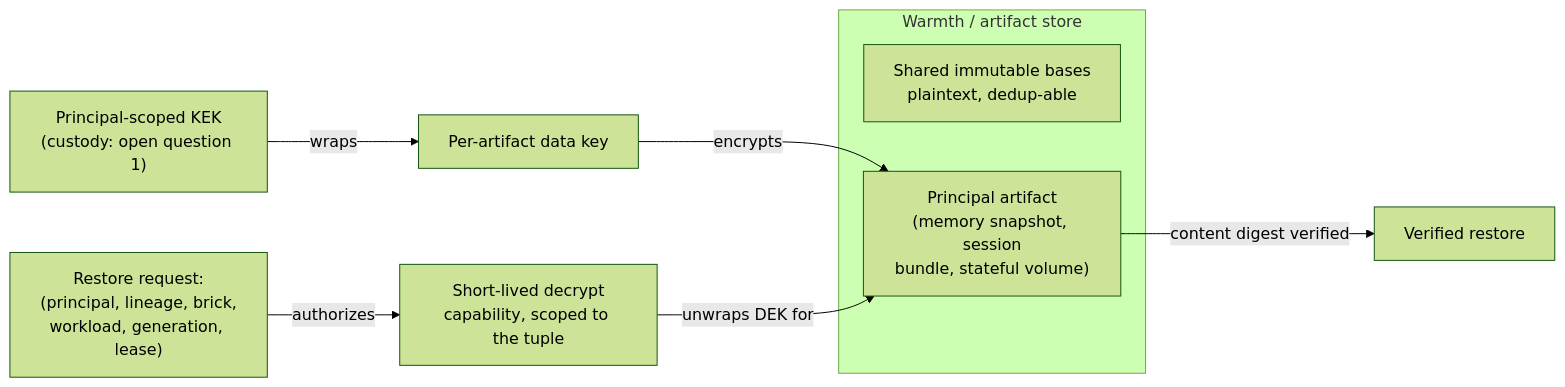
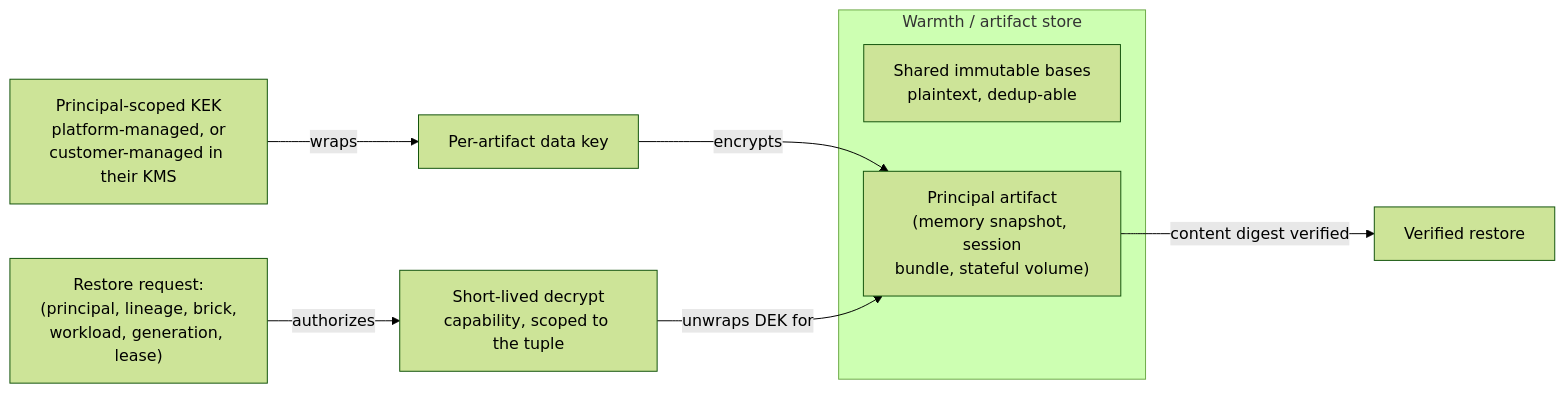
The diagram in docs/decisions/embervm/033-substrate-threat-model-conformance-encryption-at-rest.md (jomcgi-org/homelab), drawn with Mermaid (forest theme) before and after one commit. The commit also changed other lines of this file and 1 other file, not shown here.

First line of the commit message:
docs(embervm): record the two KEK custody modes in ADR 033

````diff
--- a/docs/decisions/embervm/033-substrate-threat-model-conformance-encryption-at-rest.md
+++ b/docs/decisions/embervm/033-substrate-threat-model-conformance-encryption-at-rest.md
@@ -134,15 +153,15 @@
 ```mermaid
 graph LR
     subgraph store [Warmth / artifact store]
         BASE[Shared immutable bases<br/>plaintext, dedup-able]
         ART["Principal artifact<br/>(memory snapshot, session<br/>bundle, stateful volume)"]
     end
-    KEK["Principal-scoped KEK<br/>(custody: open question 1)"]
+    KEK["Principal-scoped KEK<br/>platform-managed, or<br/>customer-managed in their KMS"]
     DEK["Per-artifact data key"]
     KEK -->|wraps| DEK
     DEK -->|encrypts| ART
     TUPLE["Restore request:<br/>(principal, lineage, brick,<br/>workload, generation, lease)"]
     TUPLE -->|authorizes| CAP["Short-lived decrypt<br/>capability, scoped to the tuple"]
     CAP -->|unwraps DEK for| ART
     ART -->|content digest verified| RESTORE[Verified restore]
 ```
````
